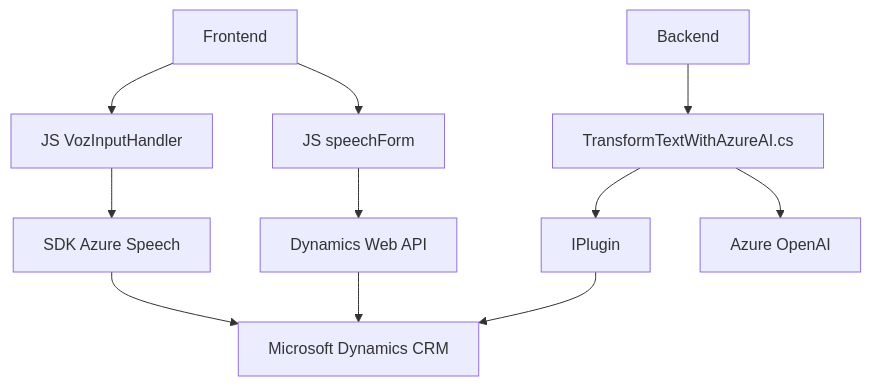
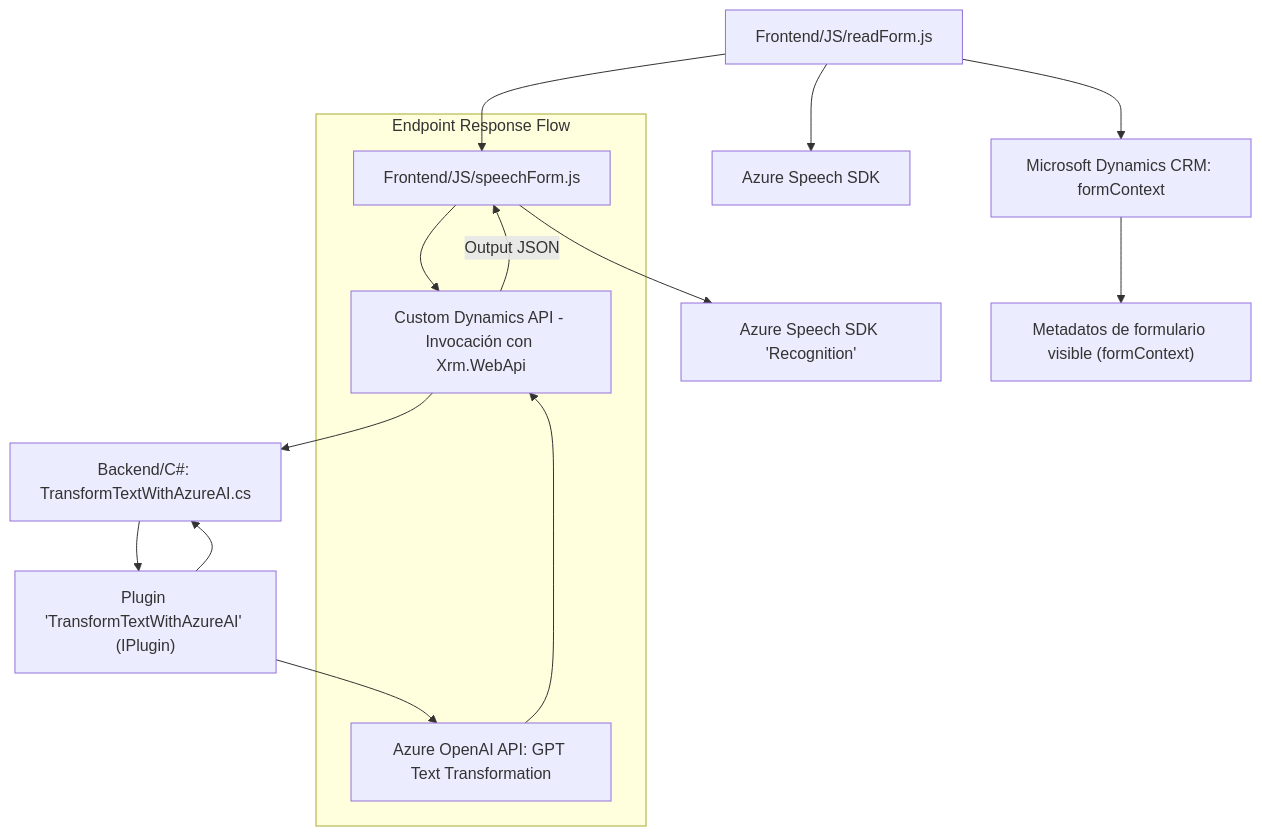
One commit to blopezdm/NETCORE_BILBAO2025 changed the diagram in README.md. Above: the diagram before and after it, drawn with Mermaid. The commit also changed other lines of this file, not shown here.

Commit message:
Actualizar análisis global de la solución con IA

````diff
--- a/README.md
+++ b/README.md
@@ -33,24 +77,17 @@
 ```mermaid
 graph TD
-    A["Frontend"]
-    B["JS VozInputHandler"]
-    C["JS speechForm"]
-    D["SDK Azure Speech"]
-    E["Dynamics Web API"]
-    F["Backend"]
-    G["TransformTextWithAzureAI.cs"]
-    H["IPlugin"]
-    I["Azure OpenAI"]
-    J["Microsoft Dynamics CRM"]
+    A["Frontend/JS/readForm.js"] --> B["Azure Speech SDK"]
+    A --> C["Microsoft Dynamics CRM: formContext"]
+    A --> D["Frontend/JS/speechForm.js"]
+    D --> F["Azure Speech SDK 'Recognition'"]
+    D --> G["Custom Dynamics API - Invocación con Xrm.WebApi"]
+    G --> H["Backend/C#: TransformTextWithAzureAI.cs"]
+    H --> I["Plugin 'TransformTextWithAzureAI' (IPlugin)"]
+    I --> J["Azure OpenAI API: GPT Text Transformation"]
+    I --> H
+    C --> E["Metadatos de formulario visible (formContext)"]
 
-    A-->B
-    A-->C
-    B-->D
-    C-->E
-    F-->G
-    G-->H
-    G-->I
-    H-->J
-    D-->J
-    E-->J
+    subgraph "Endpoint Response Flow"
+        J --> G -- "Output JSON" --> D
+    end
 ```
````
